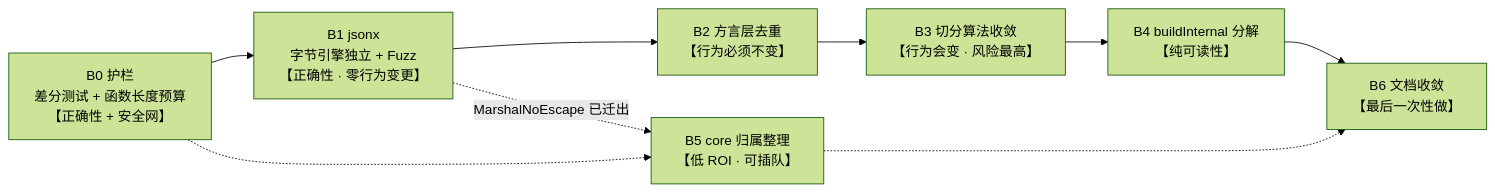
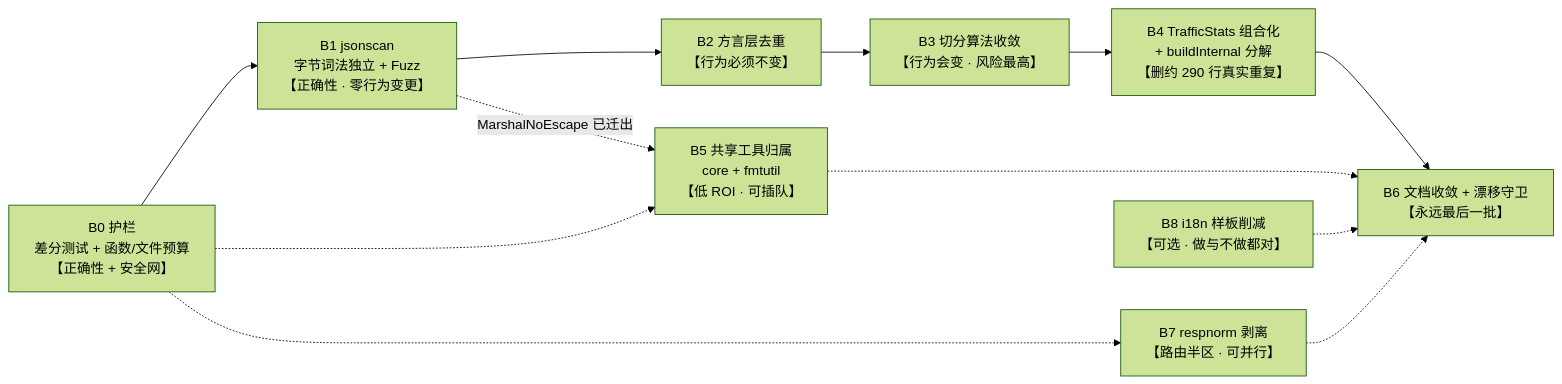
Before and after one commit to bigfatsea/vmr: the sixth of 6 diagrams in docs/VMR_Comprehensive_Architecture_Review_and_Refactoring_gemini-3.7-flash.md, drawn with Mermaid (forest theme). The commit also changed other lines of this file, not shown here.

````diff
--- a/docs/VMR_Comprehensive_Architecture_Review_and_Refactoring_gemini-3.7-flash.md
+++ b/docs/VMR_Comprehensive_Architecture_Review_and_Refactoring_gemini-3.7-flash.md
@@ -1096,13 +1371,17 @@
 ```mermaid
 graph LR
-    B0["B0 护栏<br/>差分测试 + 函数长度预算<br/>【正确性 + 安全网】"]
-    B1["B1 jsonx<br/>字节引擎独立 + Fuzz<br/>【正确性 · 零行为变更】"]
+    B0["B0 护栏<br/>差分测试 + 函数/文件预算<br/>【正确性 + 安全网】"]
+    B1["B1 jsonscan<br/>字节词法独立 + Fuzz<br/>【正确性 · 零行为变更】"]
     B2["B2 方言层去重<br/>【行为必须不变】"]
     B3["B3 切分算法收敛<br/>【行为会变 · 风险最高】"]
-    B4["B4 buildInternal 分解<br/>【纯可读性】"]
-    B5["B5 core 归属整理<br/>【低 ROI · 可插队】"]
-    B6["B6 文档收敛<br/>【最后一次性做】"]
+    B4["B4 TrafficStats 组合化<br/>+ buildInternal 分解<br/>【删约 290 行真实重复】"]
+    B5["B5 共享工具归属<br/>core + fmtutil<br/>【低 ROI · 可插队】"]
+    B7["B7 respnorm 剥离<br/>【路由半区 · 可并行】"]
+    B8["B8 i18n 样板削减<br/>【可选 · 做与不做都对】"]
+    B6["B6 文档收敛 + 漂移守卫<br/>【永远最后一批】"]
     B0 --> B1 --> B2 --> B3 --> B4 --> B6
     B0 -.-> B5 -.-> B6
+    B0 -.-> B7 -.-> B6
+    B8 -.-> B6
     B1 -. "MarshalNoEscape 已迁出" .-> B5
 ```
````
